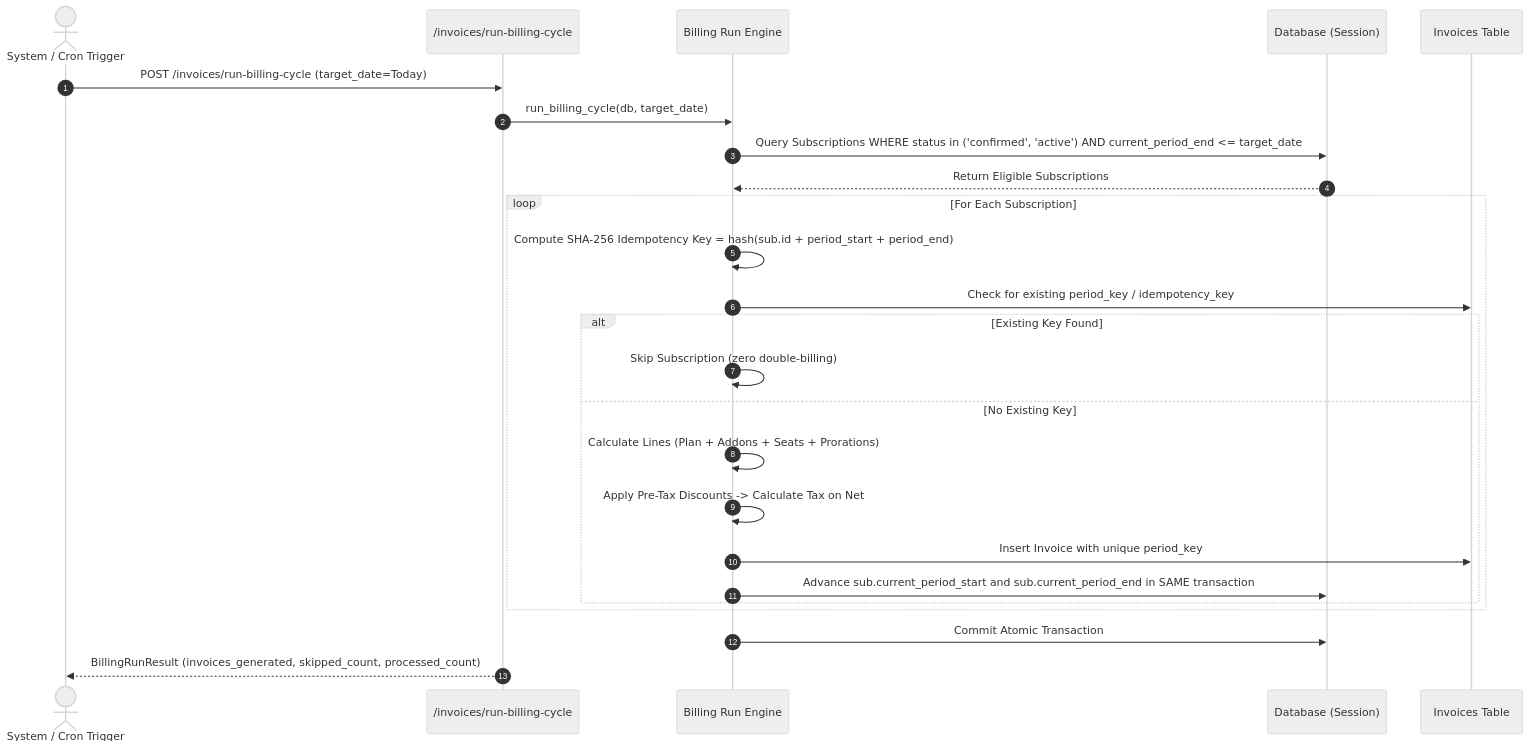
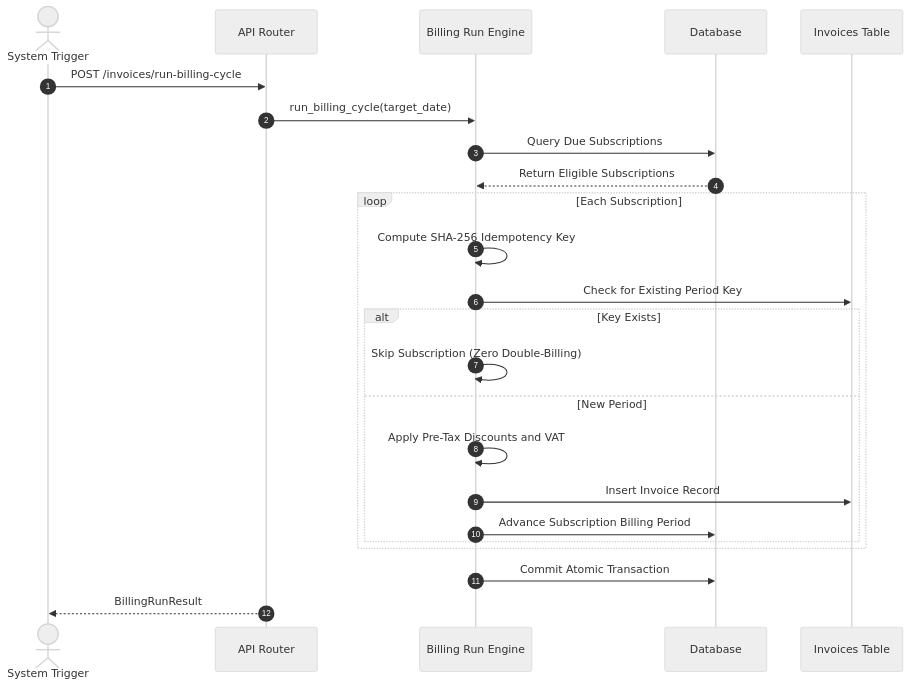
Before and after one commit to Niss54/Subscription_Management_System: the third of 3 diagrams in README.md, drawn with Mermaid (neutral theme). The commit also changed other lines of this file and 2 other files, not shown here.

Commit message:
fix(docs): resolve GitHub Mermaid diagram syntax errors and update sequence diagram

````diff
--- a/README.md
+++ b/README.md
@@ -184,30 +171,29 @@
 ```mermaid
 sequenceDiagram
     autonumber
-    actor Admin as System / Cron Trigger
-    participant Router as /invoices/run-billing-cycle
+    actor Admin as System Trigger
+    participant Router as API Router
     participant Engine as Billing Run Engine
-    participant DB as Database (Session)
-    participant InvoiceTable as Invoices Table
+    participant DB as Database
+    participant Invoices as Invoices Table
 
-    Admin->>Router: POST /invoices/run-billing-cycle (target_date=Today)
-    Router->>Engine: run_billing_cycle(db, target_date)
-    Engine->>DB: Query Subscriptions WHERE status in ('confirmed', 'active') AND current_period_end <= target_date
+    Admin->>Router: POST /invoices/run-billing-cycle
+    Router->>Engine: run_billing_cycle(target_date)
+    Engine->>DB: Query Due Subscriptions
     DB-->>Engine: Return Eligible Subscriptions
     
-    loop For Each Subscription
-        Engine->>Engine: Compute SHA-256 Idempotency Key = hash(sub.id + period_start + period_end)
-        Engine->>InvoiceTable: Check for existing period_key / idempotency_key
-        alt Existing Key Found
-            Engine->>Engine: Skip Subscription (zero double-billing)
-        else No Existing Key
-            Engine->>Engine: Calculate Lines (Plan + Addons + Seats + Prorations)
-            Engine->>Engine: Apply Pre-Tax Discounts -> Calculate Tax on Net
-            Engine->>InvoiceTable: Insert Invoice with unique period_key
-            Engine->>DB: Advance sub.current_period_start and sub.current_period_end in SAME transaction
+    loop Each Subscription
+        Engine->>Engine: Compute SHA-256 Idempotency Key
+        Engine->>Invoices: Check for Existing Period Key
+        alt Key Exists
+            Engine->>Engine: Skip Subscription (Zero Double-Billing)
+        else New Period
+            Engine->>Engine: Apply Pre-Tax Discounts and VAT
+            Engine->>Invoices: Insert Invoice Record
+            Engine->>DB: Advance Subscription Billing Period
         end
     end
 
     Engine->>DB: Commit Atomic Transaction
-    Router-->>Admin: BillingRunResult (invoices_generated, skipped_count, processed_count)
+    Router-->>Admin: BillingRunResult
 ```
````
